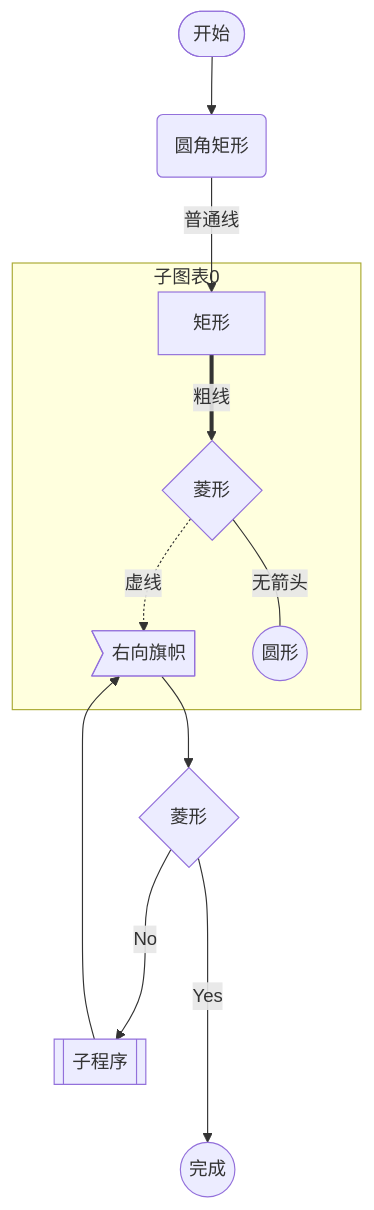
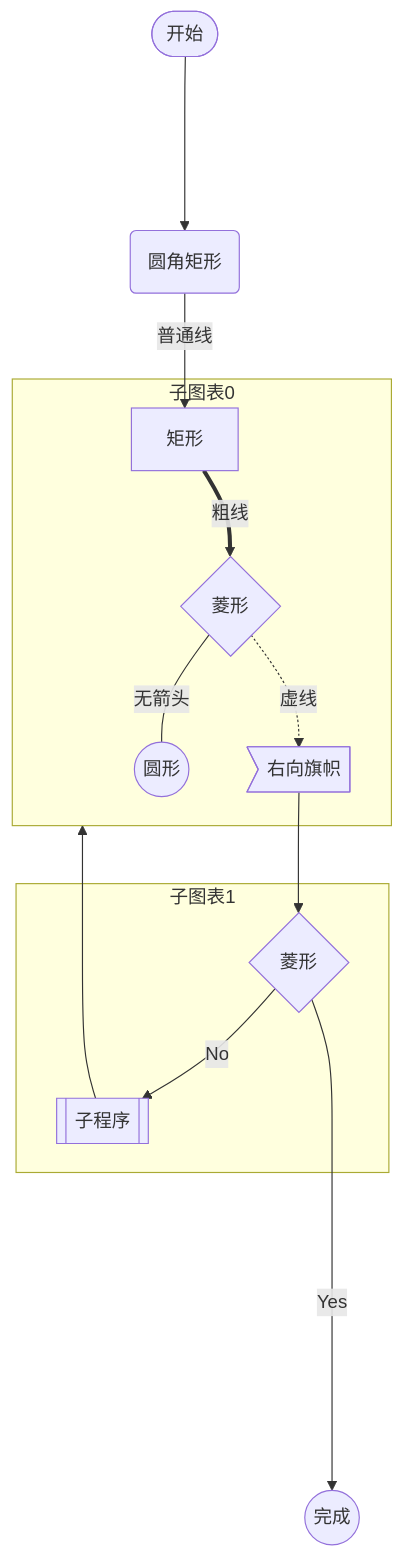
One commit to yuwenxianglong/yuwenxianglong.github.io changed the first of 34 diagrams in resdata/Mermaid/Mermaid使用简单入门.md. Above: the diagram before and after it, drawn with Mermaid. The commit also changed other lines of this file and 3 other files, not shown here.

Commit message:
add mermaid quick start flowchart 202204211748.

````diff
--- a/resdata/Mermaid/Mermaid使用简单入门.md
+++ b/resdata/Mermaid/Mermaid使用简单入门.md
@@ -42,14 +42,16 @@
 ```mermaid
-flowchart TB
-    id0([开始]) --> id1(圆角矩形)
+flowchart TD
+    id0([开始]) ----> id1(圆角矩形)
     id1--普通线-->id2[矩形]
     subgraph 子图表0
         id2==粗线==>id3{菱形}
         id3-.虚线.->id4>右向旗帜]
         id3--无箭头---id5((圆形))
     end
-    id4 --> id7{菱形}
-    id7 -- No --> id6[[子程序]]
-    id6 ----> id4
-    id7 ----> |Yes| id8((完成))
+    subgraph 子图表1
+    		id4 --> id7{菱形}
+    		id7 -- No --> id6[[子程序]]
+    end
+    id6 ----> 子图表0
+    id7 -------> |Yes| id8((完成))
 ```
````
